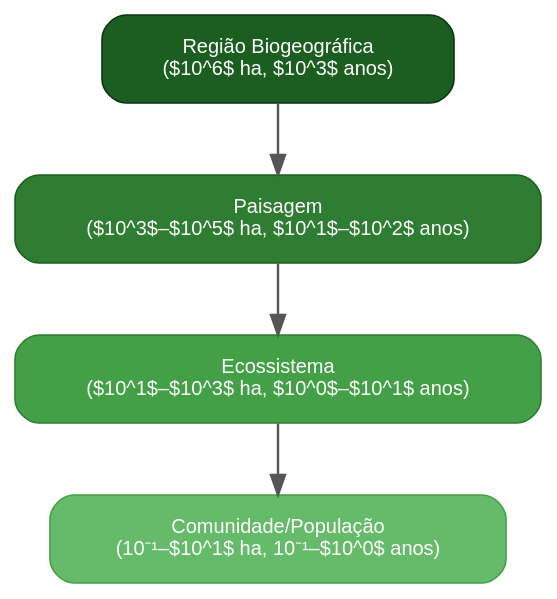
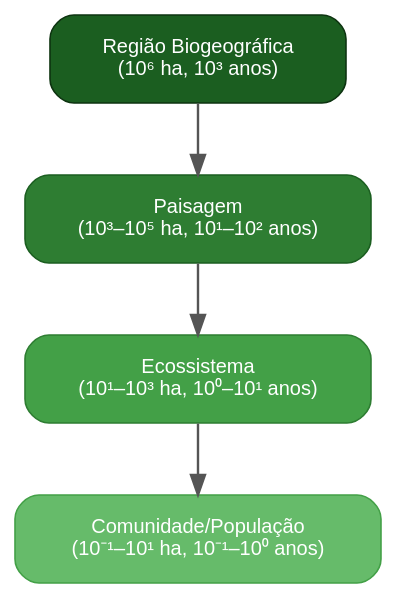
Before and after one commit to ldvsantos/cv: the second of 2 diagrams in books/ciencia-paisagem/capitulos/04-escalas.qmd, drawn with Graphviz. The commit also changed 29 other files, not shown here.

````diff
--- a/books/ciencia-paisagem/capitulos/04-escalas.qmd
+++ b/books/ciencia-paisagem/capitulos/04-escalas.qmd
@@ -77,21 +77,21 @@
 ```{dot}
 //| label: fig-hierarquia
 //| fig-cap: "Hierarquia de níveis de organização espacial e suas escalas características de extensão (ha) e tempo (anos). As setas indicam que cada nível superior impõe restrições sobre o inferior, enquanto o inferior fornece os mecanismos."
 //| fig-width: 5
 //| fig-height: 5
 digraph {
     rankdir=TB
     bgcolor="transparent"
     node [shape=box, style="rounded,filled", fontname="Helvetica", fontsize=10, margin="0.3,0.15", penwidth=0.8]
     edge [color="#555555", penwidth=1.2]
 
-    A [label="Região Biogeográfica\n($10^6$ ha, $10^3$ anos)", fillcolor="#1B5E20", fontcolor="white", color="#0D3310"]
-    B [label="Paisagem\n($10^3$–$10^5$ ha, $10^1$–$10^2$ anos)", fillcolor="#2E7D32", fontcolor="white", color="#1B5E20"]
-    C [label="Ecossistema\n($10^1$–$10^3$ ha, $10^0$–$10^1$ anos)", fillcolor="#43A047", fontcolor="white", color="#2E7D32"]
-    D [label="Comunidade/População\n(10⁻¹–$10^1$ ha, 10⁻¹–$10^0$ anos)", fillcolor="#66BB6A", fontcolor="white", color="#43A047"]
+    A [label="Região Biogeográfica\n(10⁶ ha, 10³ anos)", fillcolor="#1B5E20", fontcolor="white", color="#0D3310"]
+    B [label="Paisagem\n(10³–10⁵ ha, 10¹–10² anos)", fillcolor="#2E7D32", fontcolor="white", color="#1B5E20"]
+    C [label="Ecossistema\n(10¹–10³ ha, 10⁰–10¹ anos)", fillcolor="#43A047", fontcolor="white", color="#2E7D32"]
+    D [label="Comunidade/População\n(10⁻¹–10¹ ha, 10⁻¹–10⁰ anos)", fillcolor="#66BB6A", fontcolor="white", color="#43A047"]
 
     A -> B
     B -> C
     C -> D
 }
 ```
````
